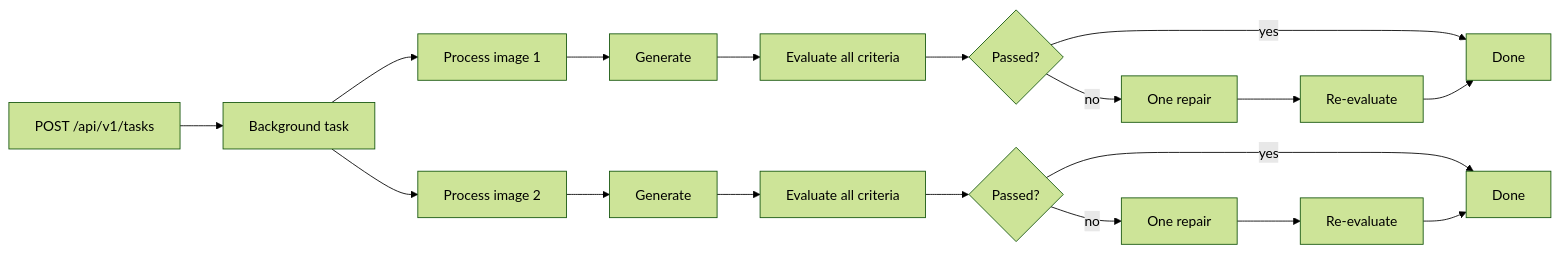
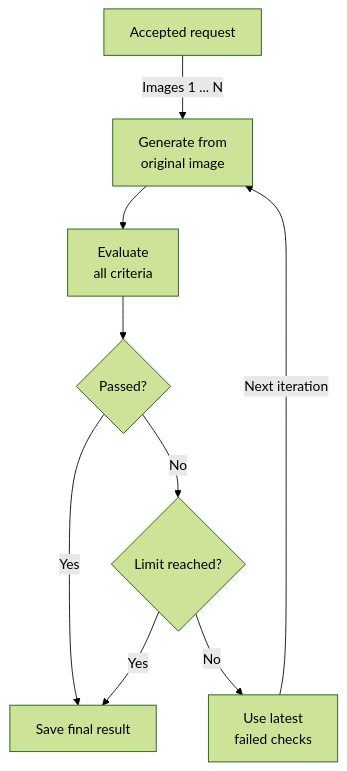
Before and after one commit to JohanDybkjaer/neurons_mvp: the diagram in DESIGN.md, drawn with Mermaid (forest theme). The commit also changed other lines of this file and 15 other files, not shown here.

````diff
--- a/DESIGN.md
+++ b/DESIGN.md
@@ -175,12 +194,11 @@
 ```mermaid
-flowchart LR
-    POST["POST /api/v1/tasks"] --> BG["Background task"]
-    BG --> I1["Process image 1"]
-    BG --> I2["Process image 2"]
-    I1 --> G1["Generate"] --> E1["Evaluate all criteria"] --> R1{"Passed?"}
-    I2 --> G2["Generate"] --> E2["Evaluate all criteria"] --> R2{"Passed?"}
-    R1 -->|yes| D1["Done"]
-    R2 -->|yes| D2["Done"]
-    R1 -->|no| F1["One repair"] --> E1B["Re-evaluate"] --> D1
-    R2 -->|no| F2["One repair"] --> E2B["Re-evaluate"] --> D2
+flowchart TD
+    A["Accepted request"] -->|"Images 1 ... N"| G["Generate from<br/>original image"]
+    G --> E["Evaluate<br/>all criteria"]
+    E --> P{"Passed?"}
+    P -->|Yes| D["Save final result"]
+    P -->|No| L{"Limit reached?"}
+    L -->|Yes| D
+    L -->|No| F["Use latest<br/>failed checks"]
+    F -->|"Next iteration"| G
 ```
````
